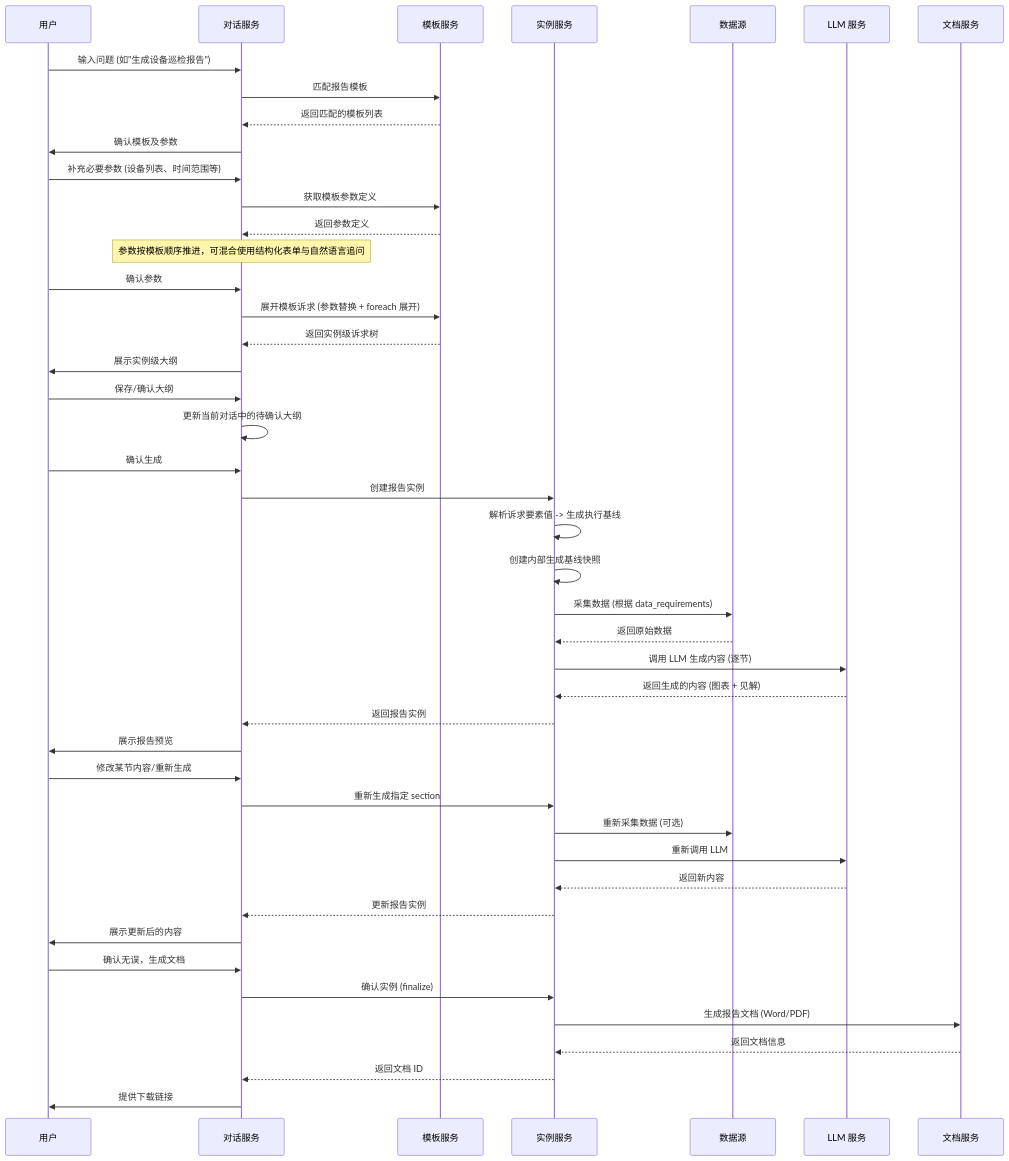
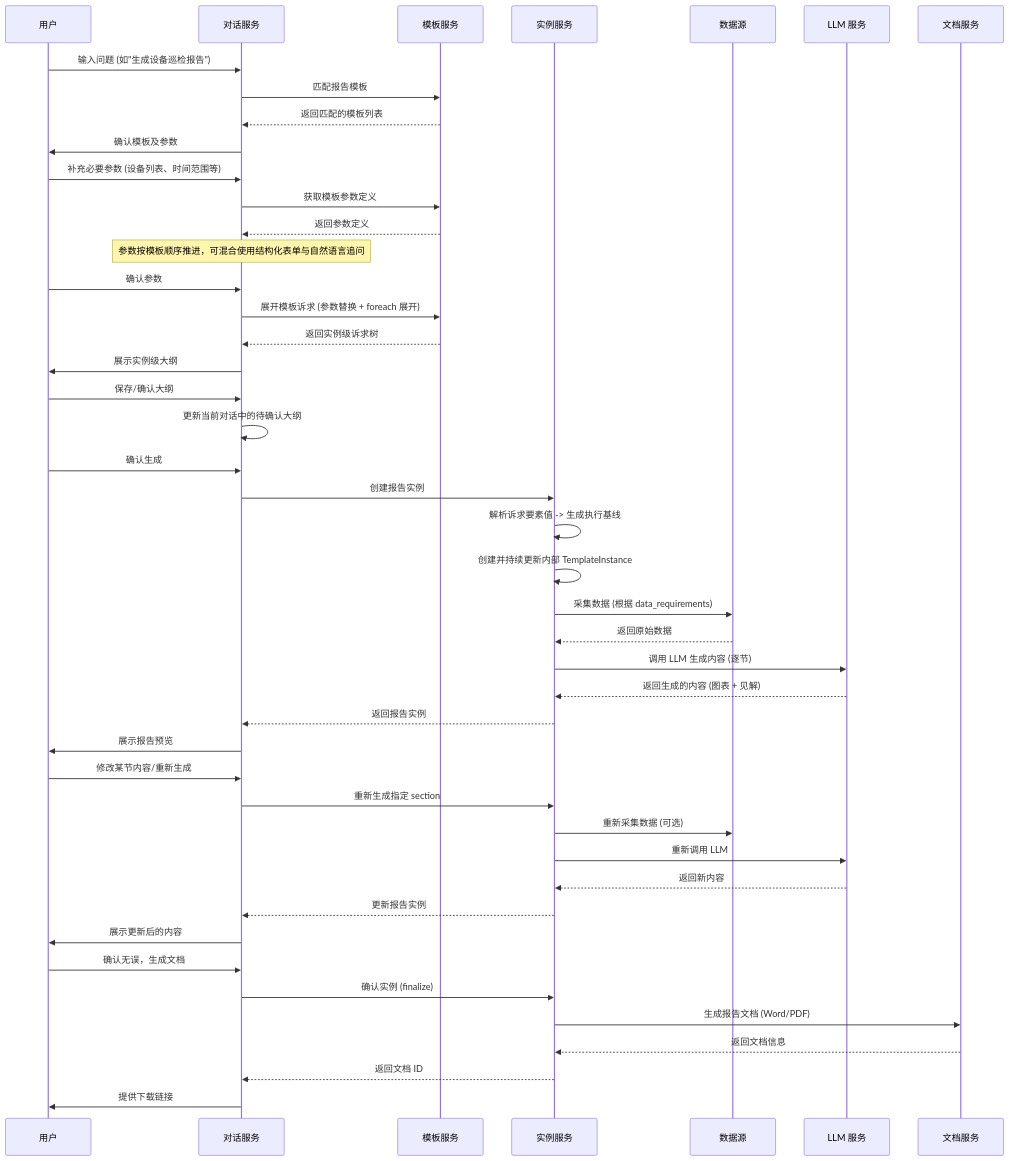
One commit to shel447/ReportSystem changed the second of 6 diagrams in design/design.md. Above: the diagram before and after it, drawn with Mermaid. The commit also changed other lines of this file and 14 other files, not shown here.

Commit message:
feat: refactor template instance

````diff
--- a/design/design.md
+++ b/design/design.md
@@ -133,59 +133,59 @@
 ```mermaid
 sequenceDiagram
     participant User as 用户
     participant Chat as 对话服务
     participant Template as 模板服务
     participant Instance as 实例服务
     participant Data as 数据源
     participant LLM as LLM 服务
     participant Doc as 文档服务
 
     %% 阶段 1: 模板匹配
     User->>Chat: 输入问题 (如"生成设备巡检报告")
     Chat->>Template: 匹配报告模板
     Template-->>Chat: 返回匹配的模板列表
     Chat->>User: 确认模板及参数
 
     %% 阶段 2: 参数收集
     User->>Chat: 补充必要参数 (设备列表、时间范围等)
     Chat->>Template: 获取模板参数定义
     Template-->>Chat: 返回参数定义
     Note over Chat: 参数按模板顺序推进，可混合使用结构化表单与自然语言追问
 
     %% 阶段 3: 诉求实例化与大纲确认
     User->>Chat: 确认参数
     Chat->>Template: 展开模板诉求 (参数替换 + foreach 展开)
     Template-->>Chat: 返回实例级诉求树
     Chat->>User: 展示实例级大纲
     User->>Chat: 保存/确认大纲
     Chat->>Chat: 更新当前对话中的待确认大纲
 
     %% 阶段 4: 生成报告实例
     User->>Chat: 确认生成
     Chat->>Instance: 创建报告实例
     Instance->>Instance: 解析诉求要素值 -> 生成执行基线
-    Instance->>Instance: 创建内部生成基线快照
+    Instance->>Instance: 创建并持续更新内部 TemplateInstance
     Instance->>Data: 采集数据 (根据 data_requirements)
     Data-->>Instance: 返回原始数据
     Instance->>LLM: 调用 LLM 生成内容 (逐节)
     LLM-->>Instance: 返回生成的内容 (图表 + 见解)
     Instance-->>Chat: 返回报告实例
     Chat->>User: 展示报告预览
 
     %% 阶段 5: 修改与重新生成
     User->>Chat: 修改某节内容/重新生成
     Chat->>Instance: 重新生成指定 section
     Instance->>Data: 重新采集数据 (可选)
     Instance->>LLM: 重新调用 LLM
     LLM-->>Instance: 返回新内容
     Instance-->>Chat: 更新报告实例
     Chat->>User: 展示更新后的内容
 
     %% 阶段 6: 生成文档
     User->>Chat: 确认无误，生成文档
     Chat->>Instance: 确认实例 (finalize)
     Instance->>Doc: 生成报告文档 (Word/PDF)
     Doc-->>Instance: 返回文档信息
     Instance-->>Chat: 返回文档 ID
     Chat->>User: 提供下载链接
 ```
````
